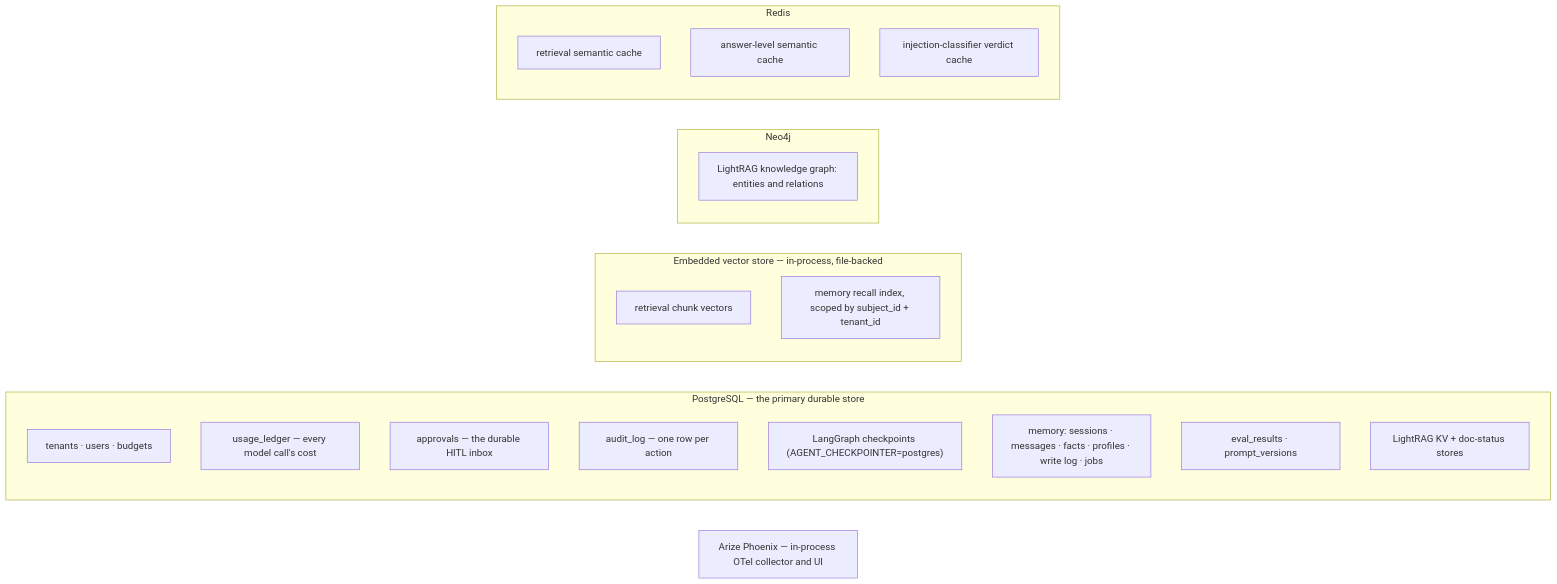
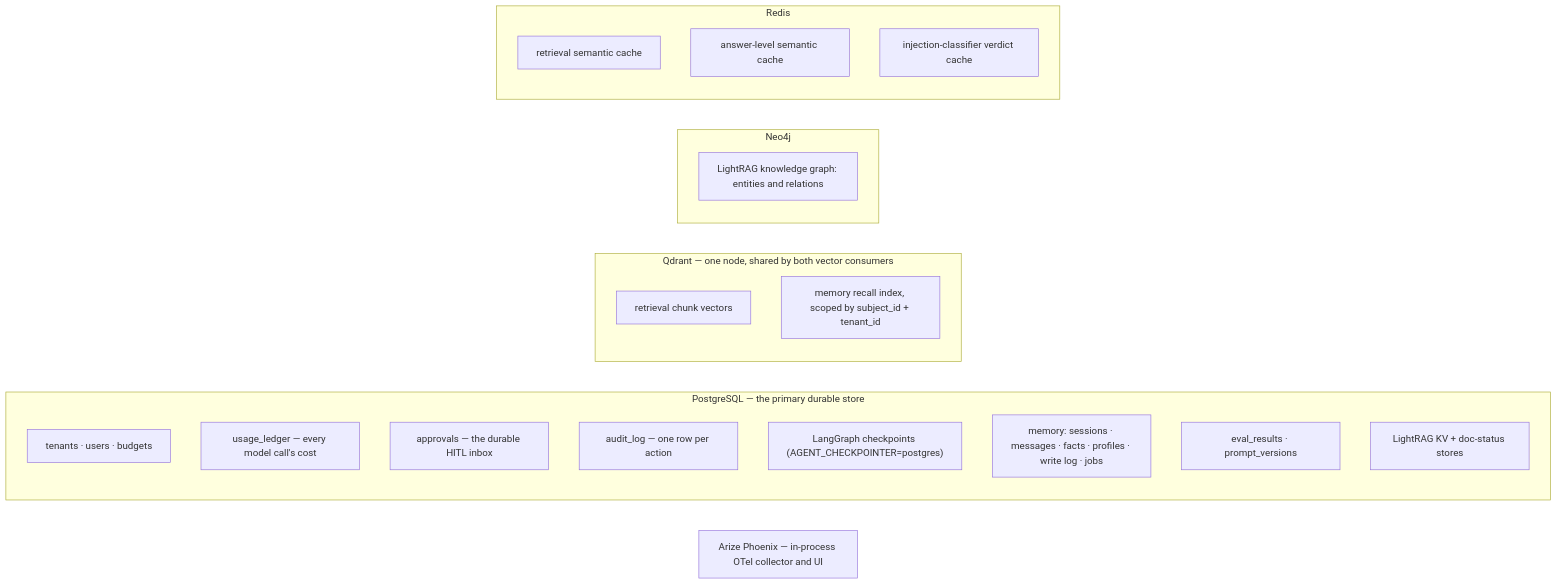
One commit to yrevash/aegis changed the fifth of 6 diagrams in docs/learn/10-architecture.md. Above: the diagram before and after it, drawn with Mermaid. The commit also changed other lines of this file and 85 other files, not shown here.

````diff
--- a/docs/learn/10-architecture.md
+++ b/docs/learn/10-architecture.md
@@ -170,31 +170,31 @@
 ```mermaid
 flowchart LR
     subgraph PG["PostgreSQL — the primary durable store"]
         direction TB
         PG1["tenants · users · budgets"]
         PG2["usage_ledger — every model call's cost"]
         PG3["approvals — the durable HITL inbox"]
         PG4["audit_log — one row per action"]
         PG5["LangGraph checkpoints (AGENT_CHECKPOINTER=postgres)"]
         PG6["memory: sessions · messages · facts · profiles · write log · jobs"]
         PG7["eval_results · prompt_versions"]
         PG8["LightRAG KV + doc-status stores"]
     end
 
-    subgraph QD["Embedded vector store — in-process, file-backed"]
+    subgraph QD["Qdrant — one node, shared by both vector consumers"]
         QD1["retrieval chunk vectors"]
         QD2["memory recall index, scoped by subject_id + tenant_id"]
     end
 
     subgraph NEO["Neo4j"]
         NEO1["LightRAG knowledge graph: entities and relations"]
     end
 
     subgraph RD["Redis"]
         RD1["retrieval semantic cache"]
         RD2["answer-level semantic cache"]
         RD3["injection-classifier verdict cache"]
     end
 
     PHX["Arize Phoenix — in-process OTel collector and UI"]
 ```
````
